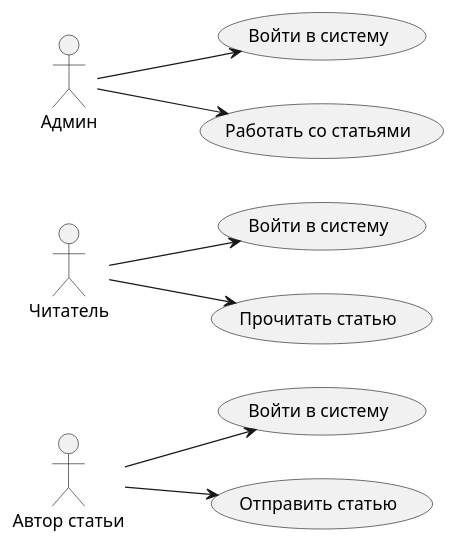
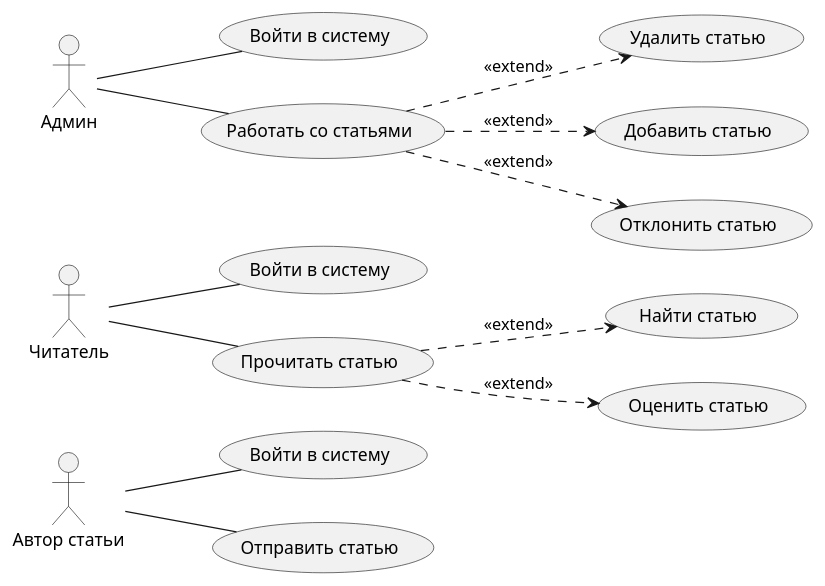
Before and after one commit to warkamelon/Gitnew: the diagram in docs/usecase.puml, drawn with PlantUML.

Commit message:
Третий коммит

```diff
--- a/docs/usecase.puml
+++ b/docs/usecase.puml
@@ -1,19 +1,29 @@
 @startuml
 left to right direction
 skinparam packageStyle rectangle
 actor "Автор статьи" as User
     usecase "Войти в систему" as UC_Login
     usecase "Отправить статью" as UC_Send
 actor "Читатель" as User2
     usecase "Войти в систему" as UC_Login2
     usecase "Прочитать статью" as UC_Read
+    usecase "Найти статью" as UC_Find
+    usecase "Оценить статью" as UC_Rate
 actor "Админ" as User3
     usecase "Войти в систему" as UC_Login3
     usecase "Работать со статьями" as UC_Work
-User --> UC_Login
-User --> UC_Send
-User2 --> UC_Login2
-User2 --> UC_Read
-User3 --> UC_Login3
-User3 --> UC_Work
+    usecase "Удалить статью" as UC_Del
+    usecase "Добавить статью" as UC_Dob
+    usecase "Отклонить статью" as UC_Den
+User -- UC_Login
+User -- UC_Send
+User2 -- UC_Login2
+User2 -- UC_Read
+UC_Read ..> UC_Find: <<extend>>
+UC_Read ..> UC_Rate: <<extend>>
+User3 -- UC_Login3
+User3 -- UC_Work
+UC_Work ..> UC_Del: <<extend>>
+UC_Work ..> UC_Den: <<extend>>
+UC_Work ..> UC_Dob: <<extend>>
 @enduml
```
